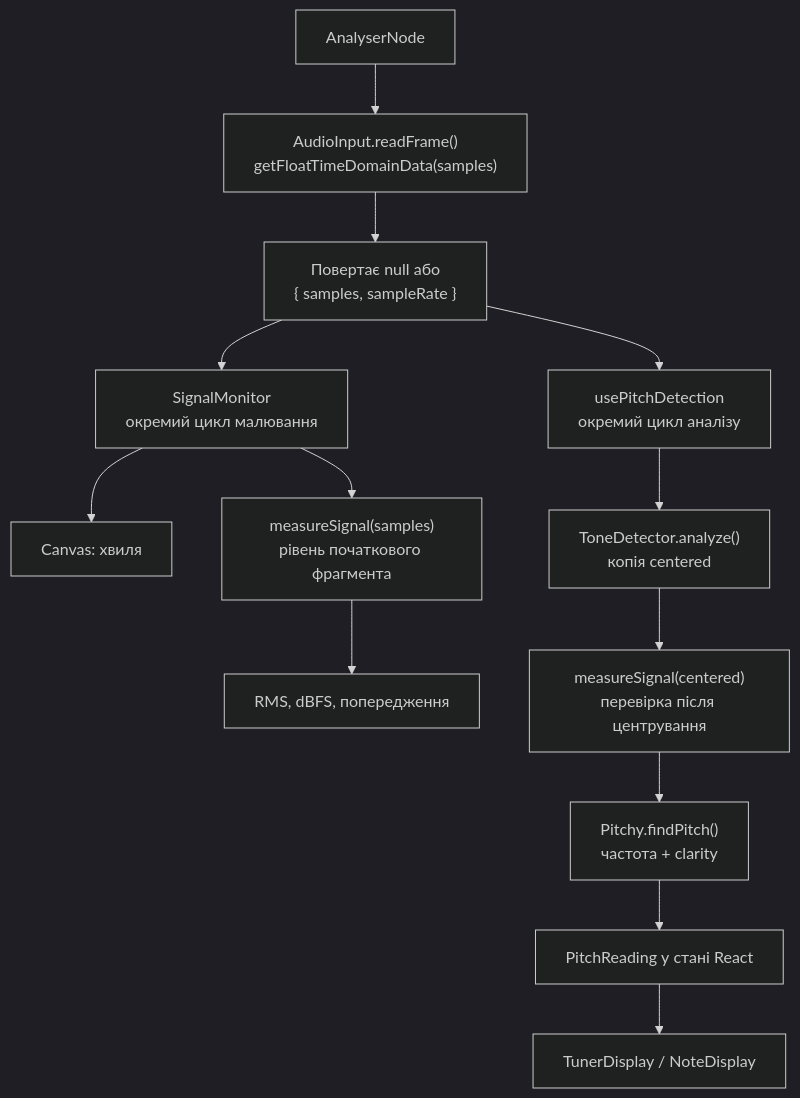
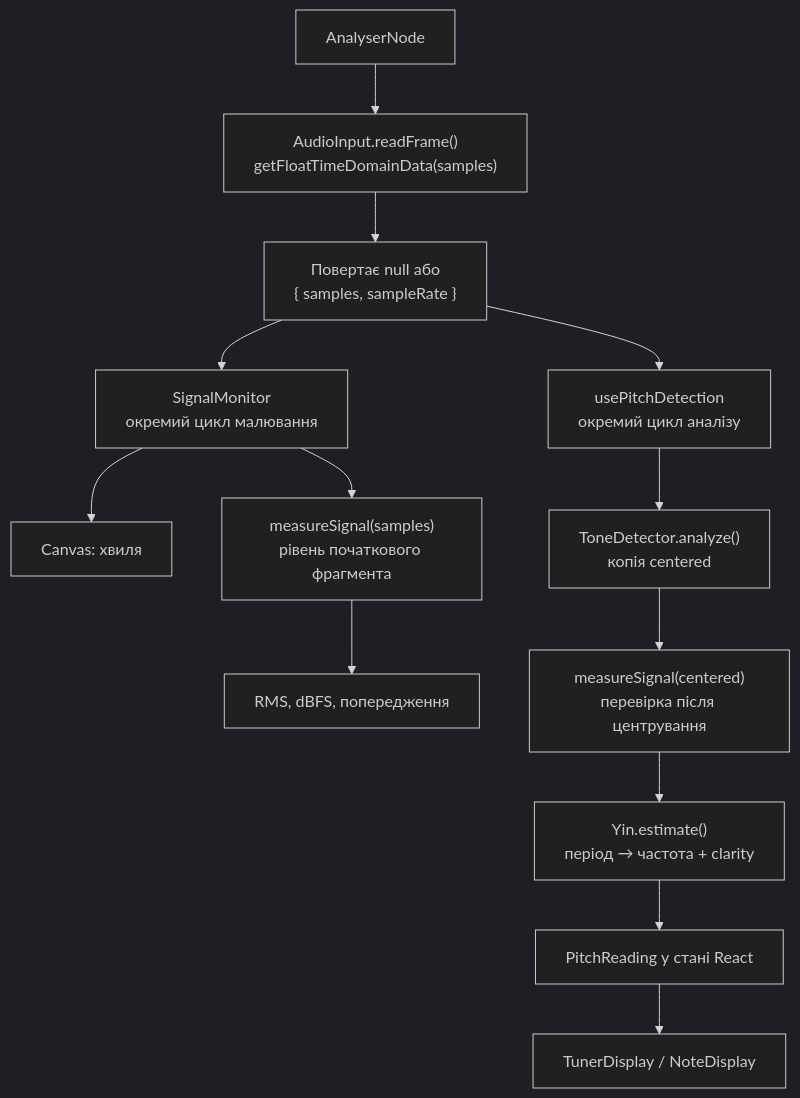
The fourth of 33 diagrams in docs/PROJECT-MAP.md (TheVangoog/Sonora), drawn with Mermaid (dark theme) before and after one commit. The commit also changed other lines of this file and 17 other files, not shown here.

First line of the commit message:
Tuner: replace Pitchy (MPM) with our own YIN

````diff
--- a/docs/PROJECT-MAP.md
+++ b/docs/PROJECT-MAP.md
@@ -85,15 +85,15 @@
 ```mermaid
 flowchart TD
     Analyser["AnalyserNode"] --> Read["AudioInput.readFrame()<br/>getFloatTimeDomainData(samples)"]
     Read --> Frame["Повертає null або<br/>{ samples, sampleRate }"]
     Frame --> Monitor["SignalMonitor<br/>окремий цикл малювання"]
     Frame --> Hook["usePitchDetection<br/>окремий цикл аналізу"]
     Monitor --> Canvas["Canvas: хвиля"]
     Monitor --> RawLevel["measureSignal(samples)<br/>рівень початкового фрагмента"]
     RawLevel --> Meter["RMS, dBFS, попередження"]
     Hook --> Detector["ToneDetector.analyze()<br/>копія centered"]
     Detector --> CenteredLevel["measureSignal(centered)<br/>перевірка після центрування"]
-    CenteredLevel --> Pitchy["Pitchy.findPitch()<br/>частота + clarity"]
+    CenteredLevel --> Pitchy["Yin.estimate()<br/>період → частота + clarity"]
     Pitchy --> ReactState["PitchReading у стані React"]
     ReactState --> Displays["TunerDisplay / NoteDisplay"]
 ```
````
